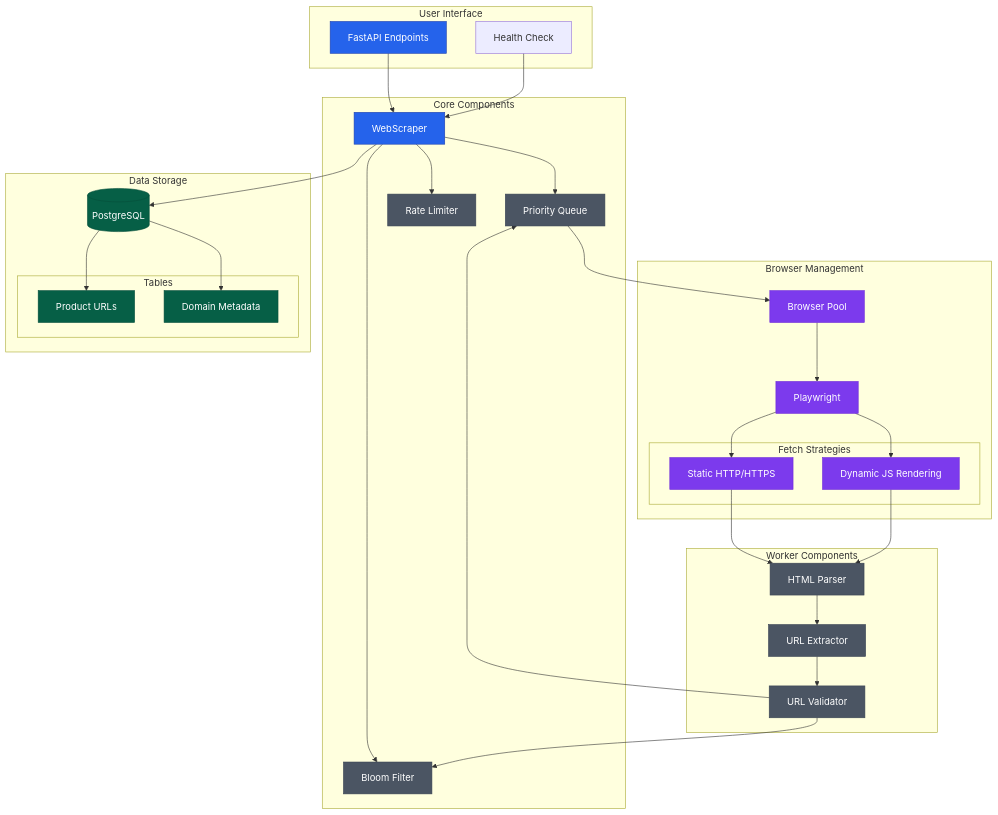
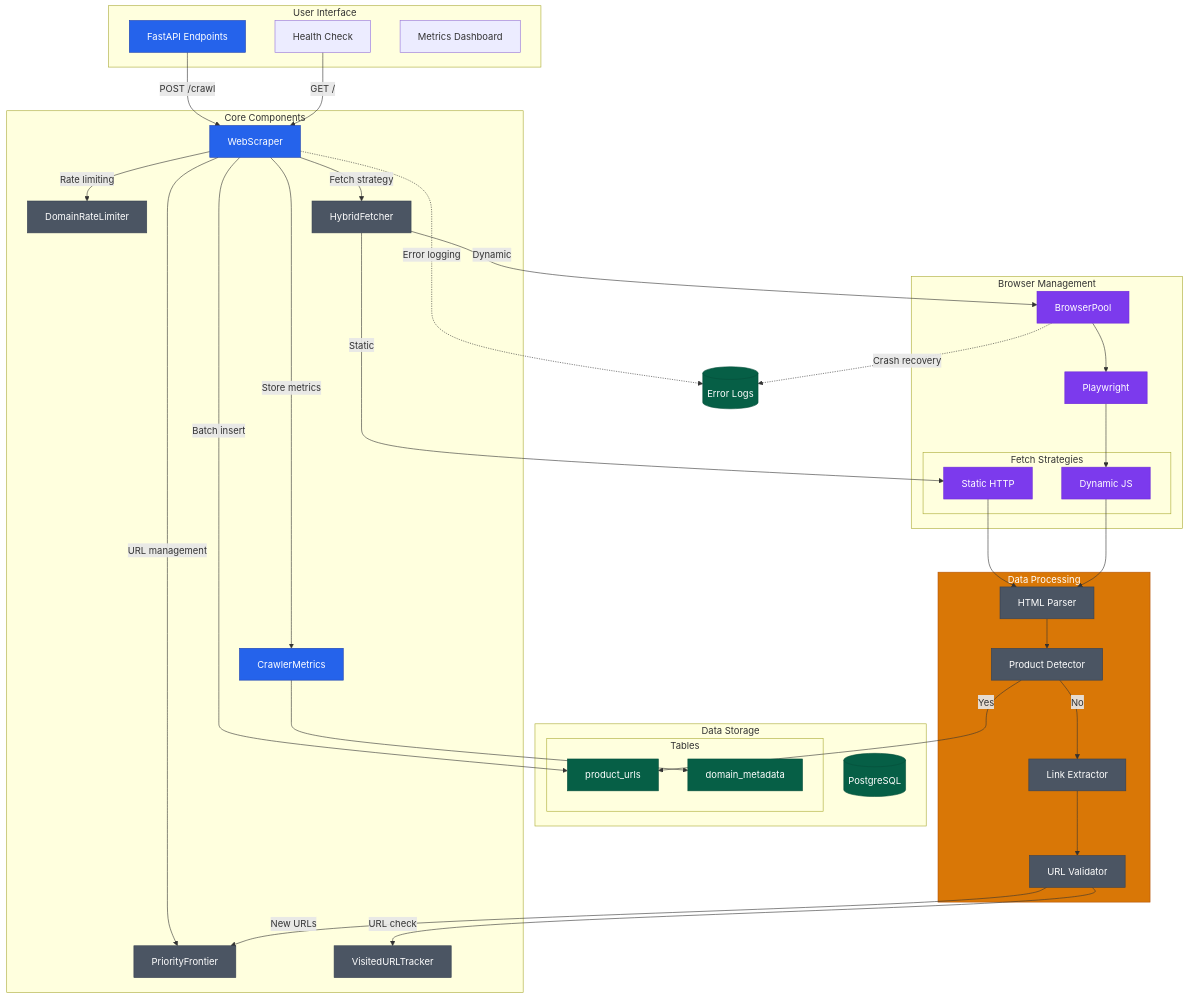
Before and after one commit to makkarss929/WEB_CRAWLER: the second of 2 diagrams in README.md, drawn with Mermaid. The commit also changed other lines of this file and 2 other files, not shown here.

Commit message:
refactor : updating README.md, cleanup

````diff
--- a/README.md
+++ b/README.md
@@ -79,76 +88,86 @@
 ```mermaid
-
-
 graph TD
     subgraph User["User Interface"]
         API[FastAPI Endpoints]
         Health[Health Check]
+        MetricsAPI[Metrics Dashboard]
     end
 
     subgraph Core["Core Components"]
         WS[WebScraper]
-        PQ[Priority Queue]
-        BF[Bloom Filter]
-        RL[Rate Limiter]
+        PQ[PriorityFrontier]
+        BF[VisitedURLTracker]
+        RL[DomainRateLimiter]
+        HM[HybridFetcher]
+        MET[CrawlerMetrics]
     end
 
     subgraph Browsers["Browser Management"]
-        BP[Browser Pool]
+        BP[BrowserPool]
         PW[Playwright]
         subgraph Fetch["Fetch Strategies"]
-            Static[Static HTTP/HTTPS]
-            Dynamic[Dynamic JS Rendering]
+            Static[Static HTTP]
+            Dynamic[Dynamic JS]
         end
     end
 
     subgraph Storage["Data Storage"]
         PG[(PostgreSQL)]
         subgraph Tables
-            URLs[Product URLs]
-            Meta[Domain Metadata]
+            URLs[product_urls]
+            Domains[domain_metadata]
         end
     end
 
-    subgraph Workers["Worker Components"]
+    subgraph Processing["Data Processing"]
         Parser[HTML Parser]
-        Extractor[URL Extractor]
+        Extractor[Link Extractor]
         Validator[URL Validator]
+        ProdDetect[Product Detector]
     end
 
-    %% Connections
-    API --> WS
-    Health --> WS
+    %% Data Flow
+    API -->|POST /crawl| WS
+    Health -->|GET /| WS
     
-    WS --> PQ
-    WS --> BF
-    WS --> RL
+    WS -->|URL management| PQ
+    WS -->|Rate limiting| RL
+    WS -->|Fetch strategy| HM
     
-    PQ --> BP
+    HM -->|Static| Static
+    HM -->|Dynamic| BP
     BP --> PW
-    PW --> Static
     PW --> Dynamic
     
     Static --> Parser
     Dynamic --> Parser
     
-    Parser --> Extractor
+    Parser --> ProdDetect
+    ProdDetect -->|Yes| URLs
+    ProdDetect -->|No| Extractor
+    
     Extractor --> Validator
+    Validator -->|New URLs| PQ
+    Validator -->|URL check| BF
     
-    Validator --> BF
-    Validator --> PQ
+    WS -->|Store metrics| MET
+    MET --> Domains
+    WS -->|Batch insert| URLs
     
-    WS --> PG
-    PG --> URLs
-    PG --> Meta
-    
+    %% Error Handling
+    WS -.->|Error logging| EL[(Error Logs)]
+    BP -.->|Crash recovery| EL
+
     %% Styles
     classDef primary fill:#2563eb,stroke:#1e40af,color:white
     classDef secondary fill:#4b5563,stroke:#374151,color:white
     classDef storage fill:#065f46,stroke:#064e3b,color:white
     classDef browser fill:#7c3aed,stroke:#6d28d9,color:white
+    classDef processing fill:#d97706,stroke:#b45309,color:white
     
-    class API,WS primary
-    class PQ,BF,RL,Parser,Extractor,Validator secondary
-    class PG,URLs,Meta storage
+    class API,WS,MET primary
+    class PQ,BF,RL,HM,Parser,Extractor,Validator,ProdDetect secondary
+    class PG,URLs,Domains,EL storage
     class BP,PW,Static,Dynamic browser
+    class Processing processing
 ```
````
